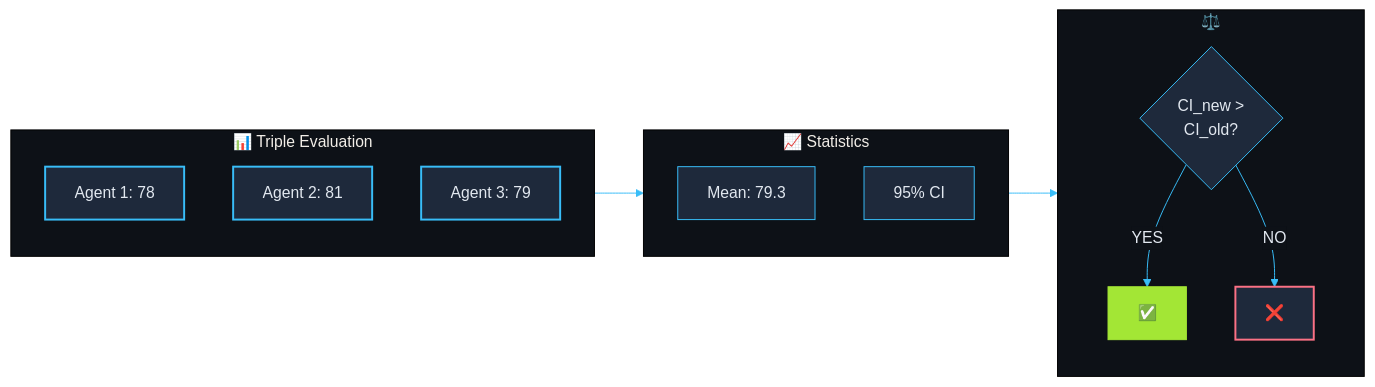
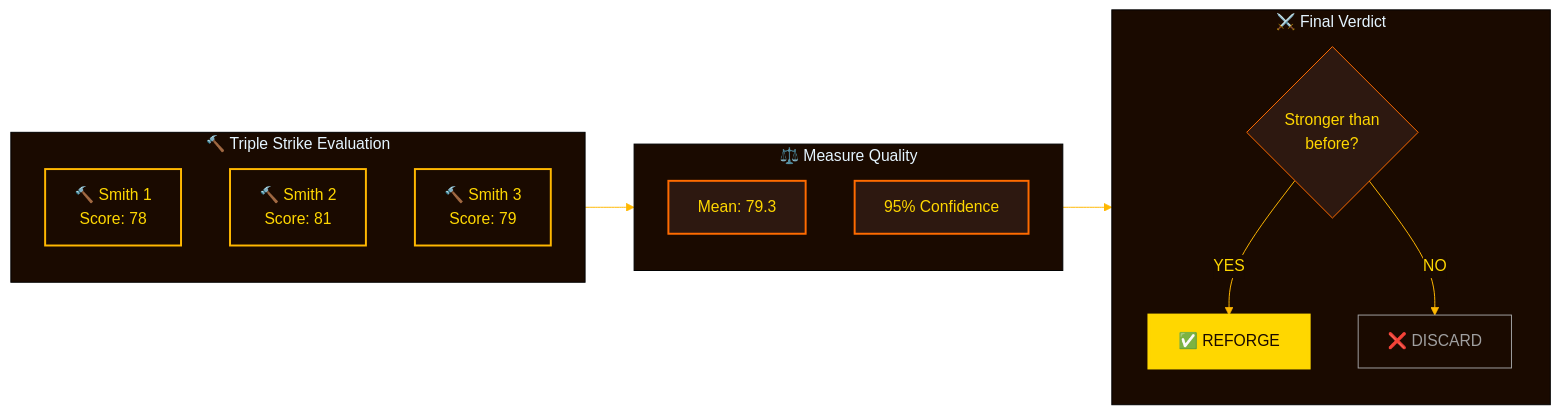
The third of 3 diagrams in README.md (quantsquirrel/claude-skill-forge), drawn with Mermaid before and after one commit. The commit also changed other lines of this file and 2 other files, not shown here.

````diff
--- a/README.md
+++ b/README.md
@@ -198,37 +174,39 @@
 ```mermaid
 %%{init: {'theme': 'base', 'themeVariables': {
-  'primaryColor': '#1E293B',
-  'primaryTextColor': '#E2E8F0',
-  'primaryBorderColor': '#38BDF8',
-  'lineColor': '#38BDF8',
-  'secondaryColor': '#0D1117',
-  'tertiaryColor': '#0D1117'
+  'primaryColor': '#2D1810',
+  'primaryTextColor': '#FFD700',
+  'primaryBorderColor': '#FF6B00',
+  'lineColor': '#FFB800',
+  'secondaryColor': '#1A0A00',
+  'tertiaryColor': '#1A0A00'
 }}}%%
 flowchart LR
-    subgraph EVAL["📊 Triple Evaluation"]
+    subgraph STRIKE["🔨 Triple Strike Evaluation"]
         direction TB
-        E1["Agent 1: 78"]
-        E2["Agent 2: 81"]
-        E3["Agent 3: 79"]
+        S1["🔨 Smith 1<br/>Score: 78"]
+        S2["🔨 Smith 2<br/>Score: 81"]
+        S3["🔨 Smith 3<br/>Score: 79"]
     end
 
-    subgraph STATS["📈 Statistics"]
+    subgraph MEASURE["⚖️ Measure Quality"]
         direction TB
-        S1["Mean: 79.3"]
-        S2["95% CI"]
+        M1["Mean: 79.3"]
+        M2["95% Confidence"]
     end
 
-    subgraph DECISION["⚖️"]
-        D1{"CI_new ><br/>CI_old?"}
-        D1 -->|YES| MERGE["✅"]
-        D1 -->|NO| REJECT["❌"]
+    subgraph VERDICT["⚔️ Final Verdict"]
+        V1{"Stronger than<br/>before?"}
+        V1 -->|"YES"| ACCEPT["✅ REFORGE"]
+        V1 -->|"NO"| REJECT["❌ DISCARD"]
     end
 
-    EVAL --> STATS --> DECISION
+    STRIKE --> MEASURE --> VERDICT
 
-    style E1 fill:#1E293B,stroke:#38BDF8,stroke-width:2px,color:#E2E8F0
-    style E2 fill:#1E293B,stroke:#38BDF8,stroke-width:2px,color:#E2E8F0
-    style E3 fill:#1E293B,stroke:#38BDF8,stroke-width:2px,color:#E2E8F0
-    style MERGE fill:#A3E635,stroke:#A3E635,color:#0D1117
-    style REJECT fill:#1E293B,stroke:#FB7185,stroke-width:2px,color:#FB7185
+    style S1 fill:#1A0A00,stroke:#FFB800,stroke-width:2px,color:#FFD700
+    style S2 fill:#1A0A00,stroke:#FFB800,stroke-width:2px,color:#FFD700
+    style S3 fill:#1A0A00,stroke:#FFB800,stroke-width:2px,color:#FFD700
+    style M1 fill:#2D1810,stroke:#FF6B00,stroke-width:2px,color:#FFD700
+    style M2 fill:#2D1810,stroke:#FF6B00,stroke-width:2px,color:#FFD700
+    style ACCEPT fill:#FFD700,stroke:#FFD700,color:#1A0A00,stroke-width:3px
+    style REJECT fill:#1A0A00,stroke:#A0A0A0,stroke-width:1px,color:#A0A0A0
 ```
````
